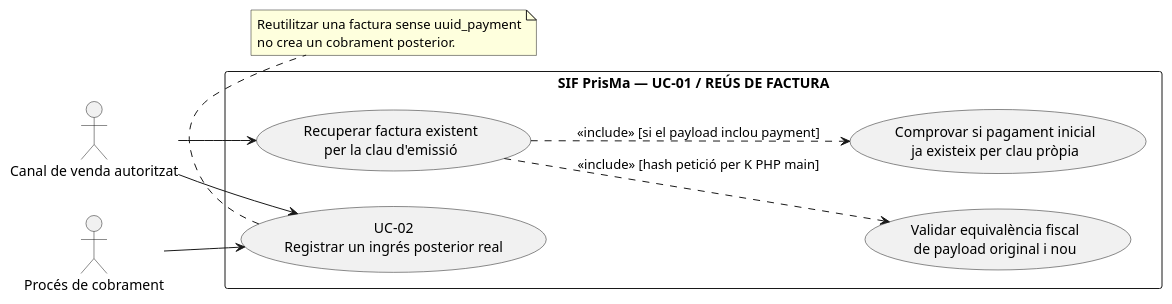
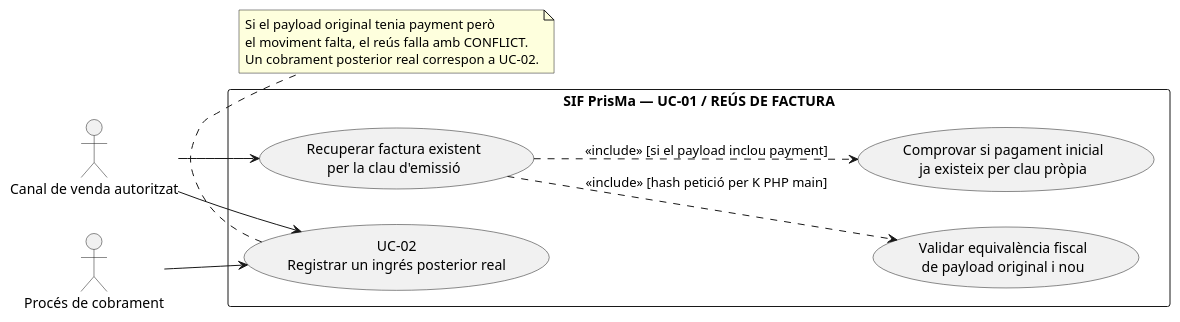
The fifth of 10 diagrams in documentacio/07-uml-integrat/uc-001-emetre-o-reutilitzar-factura.md (orgmeriemprismacat-del/verifactu), drawn with PlantUML before and after one commit. The commit also changed other lines of this file, not shown here.

Commit message:
docs(UC-001): actualitza reús fail-closed del payment

````diff
--- a/documentacio/07-uml-integrat/uc-001-emetre-o-reutilitzar-factura.md
+++ b/documentacio/07-uml-integrat/uc-001-emetre-o-reutilitzar-factura.md
@@ -245,22 +245,23 @@
 ```plantuml
 @startuml
 left to right direction
 actor "Canal de venda autoritzat" as C
 actor "Procés de cobrament" as B
 rectangle "SIF PrisMa — UC-01 / REÚS DE FACTURA" {
  usecase "Recuperar factura existent\nper la clau d'emissió" as Reuse
  usecase "Validar equivalència fiscal\nde payload original i nou" as Eq
  usecase "Comprovar si pagament inicial\nja existeix per clau pròpia" as FindPay
  usecase "UC-02\nRegistrar un ingrés posterior real" as Charge
 }
 C --> Reuse
 Reuse ..> Eq : <<include>> [hash petició per K PHP main]
 Reuse ..> FindPay : <<include>> [si el payload inclou payment]
 B --> Charge
 C --> Charge
 note bottom of Charge
- Reutilitzar una factura sense uuid_payment
- no crea un cobrament posterior.
+ Si el payload original tenia payment però
+ el moviment falta, el reús falla amb CONFLICT.
+ Un cobrament posterior real correspon a UC-02.
 end note
 @enduml
 ```
````
